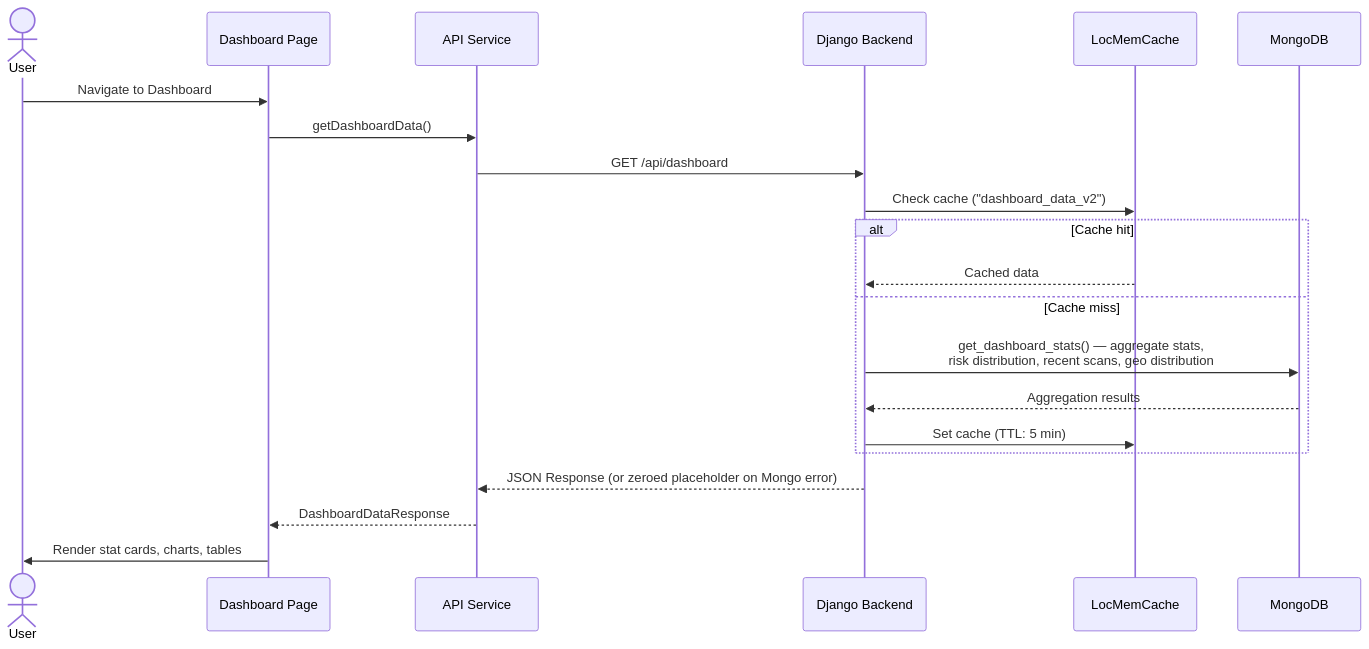
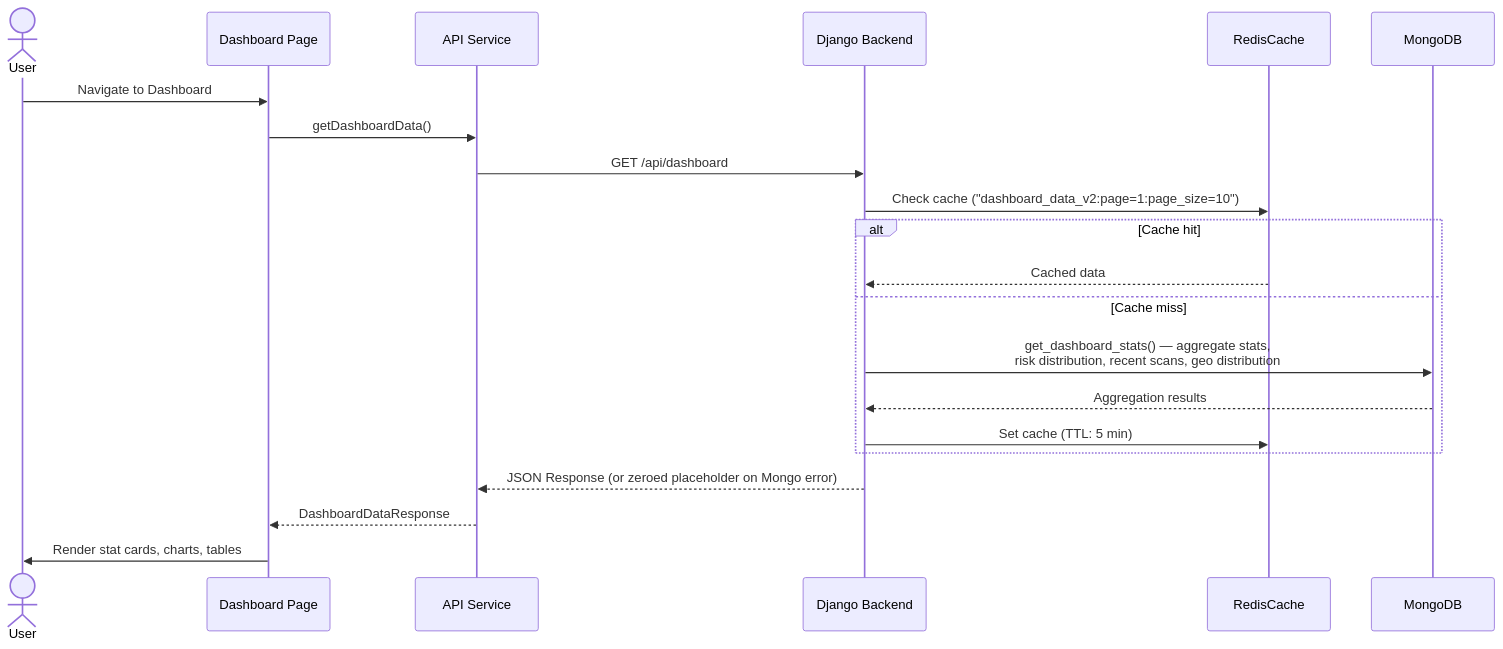
One commit to Atharva-Dhavale/TraceHost changed the third of 3 diagrams in DOCUMENTATION.md. Above: the diagram before and after it, drawn with Mermaid. The commit also changed other lines of this file and 23 other files, not shown here.

First line of the commit message:
feat: Add Attack Surface Explorer with Neo4j-backed infrastructure graph

````diff
--- a/DOCUMENTATION.md
+++ b/DOCUMENTATION.md
@@ -541,25 +541,25 @@
 ```mermaid
 sequenceDiagram
     actor User
     participant UI as Dashboard Page
     participant API as API Service
     participant Django as Django Backend
-    participant Cache as LocMemCache
+    participant Cache as RedisCache
     participant Mongo as MongoDB
 
     User->>UI: Navigate to Dashboard
     UI->>API: getDashboardData()
     API->>Django: GET /api/dashboard
 
-    Django->>Cache: Check cache ("dashboard_data_v2")
+    Django->>Cache: Check cache ("dashboard_data_v2:page=1:page_size=10")
     alt Cache hit
         Cache-->>Django: Cached data
     else Cache miss
         Django->>Mongo: get_dashboard_stats() — aggregate stats,<br/>risk distribution, recent scans, geo distribution
         Mongo-->>Django: Aggregation results
         Django->>Cache: Set cache (TTL: 5 min)
     end
     Django-->>API: JSON Response (or zeroed placeholder on Mongo error)
     API-->>UI: DashboardDataResponse
     UI->>User: Render stat cards, charts, tables
 ```
````
